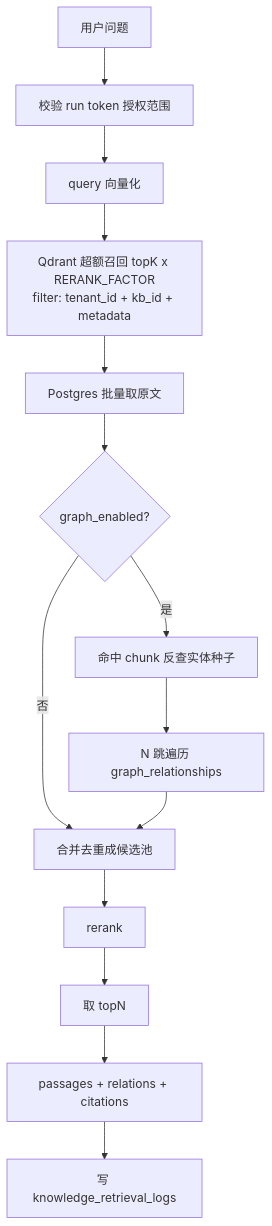
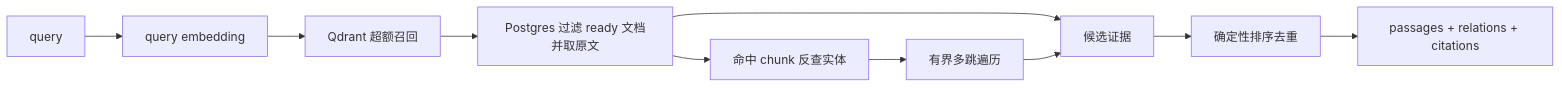
The third of 3 diagrams in docs/knowledge-graphrag.md (fengnovo/chat), drawn with Mermaid before and after one commit. The commit also changed other lines of this file, not shown here.

Commit message:
docs: scope knowledge graphrag mvp

````diff
--- a/docs/knowledge-graphrag.md
+++ b/docs/knowledge-graphrag.md
@@ -233,16 +326,12 @@
 ```mermaid
-flowchart TB
-  Q0[用户问题] --> AUTH[校验 run token 授权范围]
-  AUTH --> EMB[query 向量化]
-  EMB --> VEC[Qdrant 超额召回 topK x RERANK_FACTOR<br/>filter: tenant_id + kb_id + metadata]
-  VEC --> FETCH[Postgres 批量取原文]
-  FETCH --> GRAPH{graph_enabled?}
-  GRAPH -->|是| SEED[命中 chunk 反查实体种子]
-  SEED --> HOP[N 跳遍历 graph_relationships]
-  GRAPH -->|否| MERGE
-  HOP --> MERGE[合并去重成候选池]
-  MERGE --> RR[rerank]
-  RR --> TOP[取 topN]
-  TOP --> RES[passages + relations + citations]
-  RES --> LOG[写 knowledge_retrieval_logs]
+flowchart LR
+  QUERY[query] --> EMBED[query embedding]
+  EMBED --> VECTOR[Qdrant 超额召回]
+  VECTOR --> READY[Postgres 过滤 ready 文档并取原文]
+  READY --> SEEDS[命中 chunk 反查实体]
+  SEEDS --> GRAPH[有界多跳遍历]
+  READY --> MERGE[候选证据]
+  GRAPH --> MERGE
+  MERGE --> RANK[确定性排序去重]
+  RANK --> RESULT[passages + relations + citations]
 ```
````
